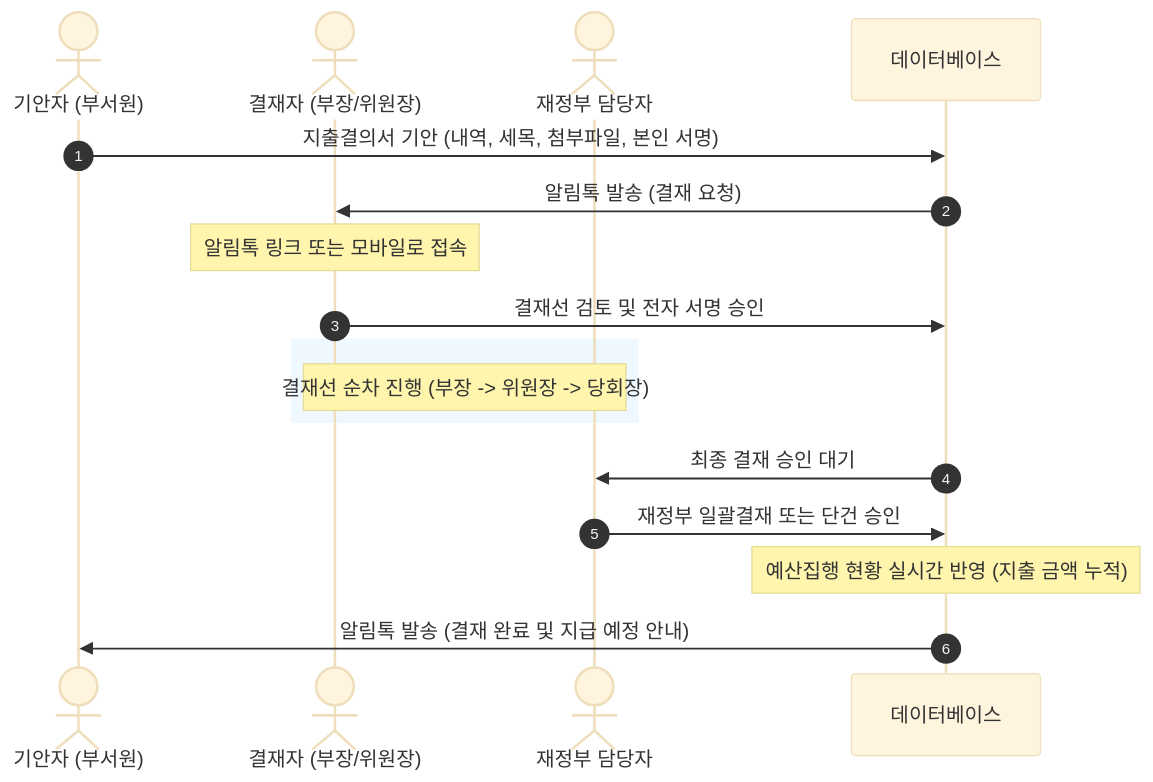
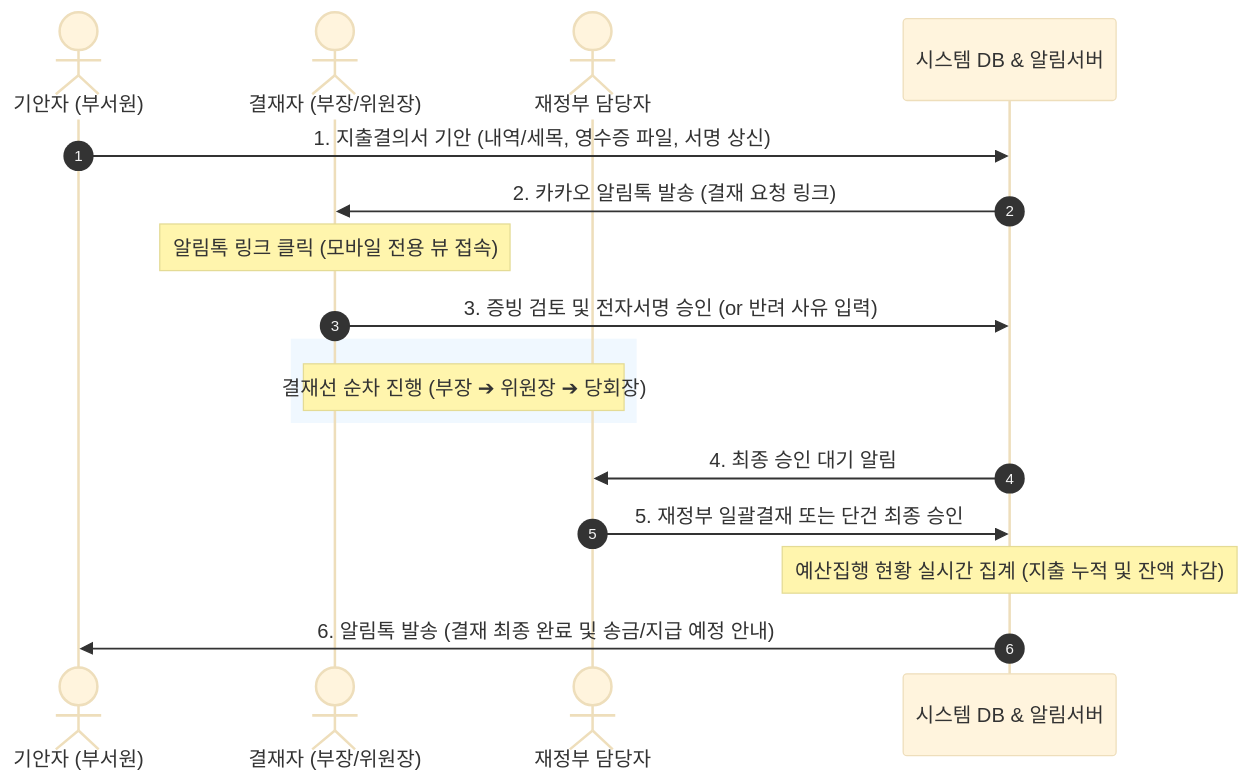
Before and after one commit to baeseokin/report-form-ui: the second of 2 diagrams in docs/system_introduction.md, drawn with Mermaid (base theme). The commit also changed other lines of this file and 1 other file, not shown here.

````diff
--- a/docs/system_introduction.md
+++ b/docs/system_introduction.md
@@ -152,22 +188,22 @@
 ```mermaid
 sequenceDiagram
     autonumber
     actor 기안자 as 기안자 (부서원)
     actor 결재자 as 결재자 (부장/위원장)
     actor 재정부 as 재정부 담당자
-    participant DB as 데이터베이스
+    participant DB as 시스템 DB & 알림서버
 
-    기안자->>DB: 지출결의서 기안 (내역, 세목, 첨부파일, 본인 서명)
-    DB->>결재자: 알림톡 발송 (결재 요청)
-    Note over 결재자: 알림톡 링크 또는 모바일로 접속
-    결재자->>DB: 결재선 검토 및 전자 서명 승인
+    기안자->>DB: 1. 지출결의서 기안 (내역/세목, 영수증 파일, 서명 상신)
+    DB->>결재자: 2. 카카오 알림톡 발송 (결재 요청 링크)
+    Note over 결재자: 알림톡 링크 클릭 (모바일 전용 뷰 접속)
+    결재자->>DB: 3. 증빙 검토 및 전자서명 승인 (or 반려 사유 입력)
     
     rect rgb(240, 248, 255)
-        Note over 결재자, 재정부: 결재선 순차 진행 (부장 -> 위원장 -> 당회장)
+        Note over 결재자, 재정부: 결재선 순차 진행 (부장 ➔ 위원장 ➔ 당회장)
     end
 
-    DB->>재정부: 최종 결재 승인 대기
-    재정부->>DB: 재정부 일괄결재 또는 단건 승인
-    Note over DB: 예산집행 현황 실시간 반영 (지출 금액 누적)
-    DB->>기안자: 알림톡 발송 (결재 완료 및 지급 예정 안내)
+    DB->>재정부: 4. 최종 승인 대기 알림
+    재정부->>DB: 5. 재정부 일괄결재 또는 단건 최종 승인
+    Note over DB: 예산집행 현황 실시간 집계 (지출 누적 및 잔액 차감)
+    DB->>기안자: 6. 알림톡 발송 (결재 최종 완료 및 송금/지급 예정 안내)
 ```
````
